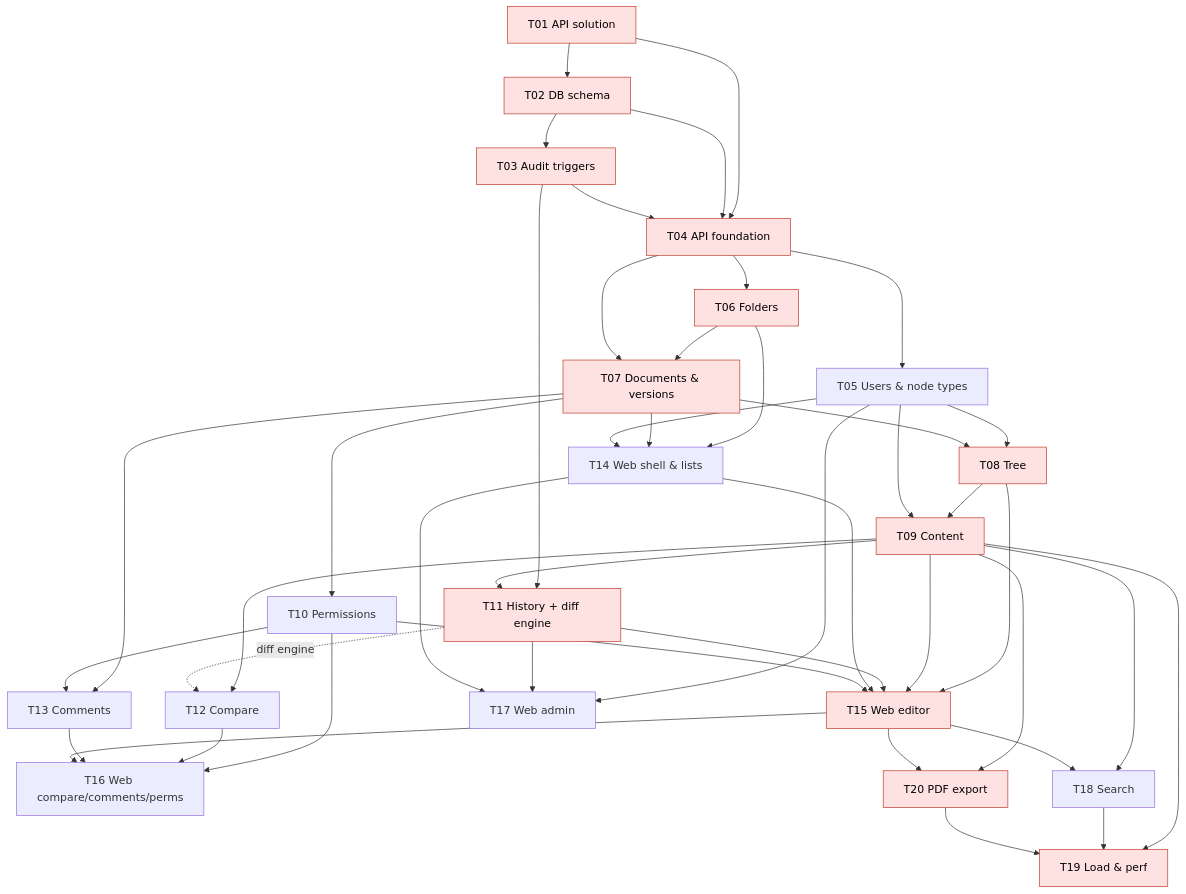
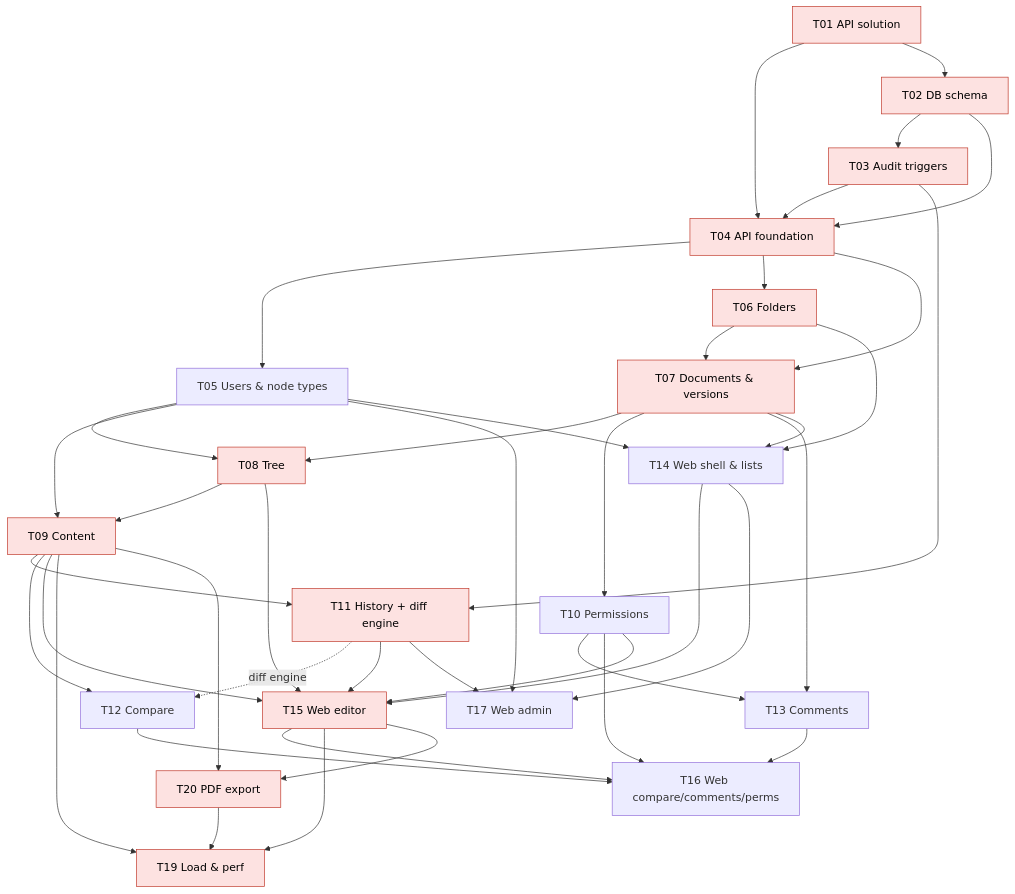
The diagram in docs/tasks/00-execution-plan.md (olexlpv-sys/test-repo), drawn with Mermaid before and after one commit. The commit also changed other lines of this file and 10 other files, not shown here.

````diff
--- a/docs/tasks/00-execution-plan.md
+++ b/docs/tasks/00-execution-plan.md
@@ -35,48 +35,46 @@
 ```mermaid
 flowchart TD
   T01[T01 API solution] --> T04
   T01 --> T02
   T02[T02 DB schema] --> T03[T03 Audit triggers]
   T02 --> T04
   T03 --> T04[T04 API foundation]
   T04 --> T05[T05 Users & node types]
   T04 --> T06[T06 Folders]
   T06 --> T07[T07 Documents & versions]
   T04 --> T07
   T05 --> T08[T08 Tree]
   T07 --> T08
   T08 --> T09[T09 Content]
   T05 --> T09
   T07 --> T10[T10 Permissions]
   T03 --> T11[T11 History + diff engine]
   T09 --> T11
   T09 --> T12[T12 Compare]
   T11 -. diff engine .-> T12
   T07 --> T13[T13 Comments]
   T10 --> T13
   T06 --> T14[T14 Web shell & lists]
   T07 --> T14
   T08 --> T15[T15 Web editor]
   T09 --> T15
   T11 --> T15
   T14 --> T15
   T10 --> T16[T16 Web compare/comments/perms]
   T12 --> T16
   T13 --> T16
   T15 --> T16
   T05 --> T17[T17 Web admin]
   T11 --> T17
   T05 --> T14
   T10 --> T15
-  T09 --> T18[T18 Search]
-  T15 --> T18
   T09 --> T19[T19 Load & perf]
-  T18 --> T19
+  T15 --> T19
   T09 --> T20[T20 PDF export]
   T15 --> T20
   T20 --> T19
   T14 --> T17
 
   classDef crit fill:#fde2e1,stroke:#c0392b,color:#000;
   class T01,T02,T03,T04,T06,T07,T08,T09,T11,T15,T20,T19 crit;
 ```
````
